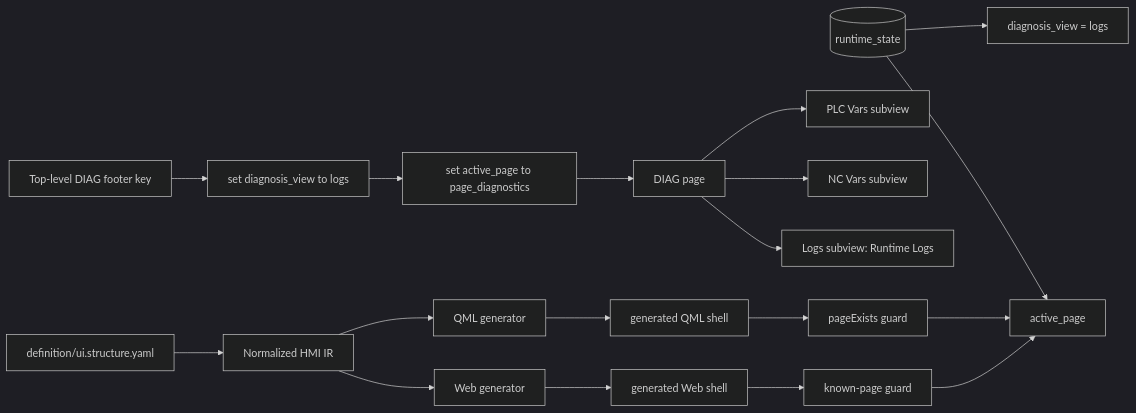
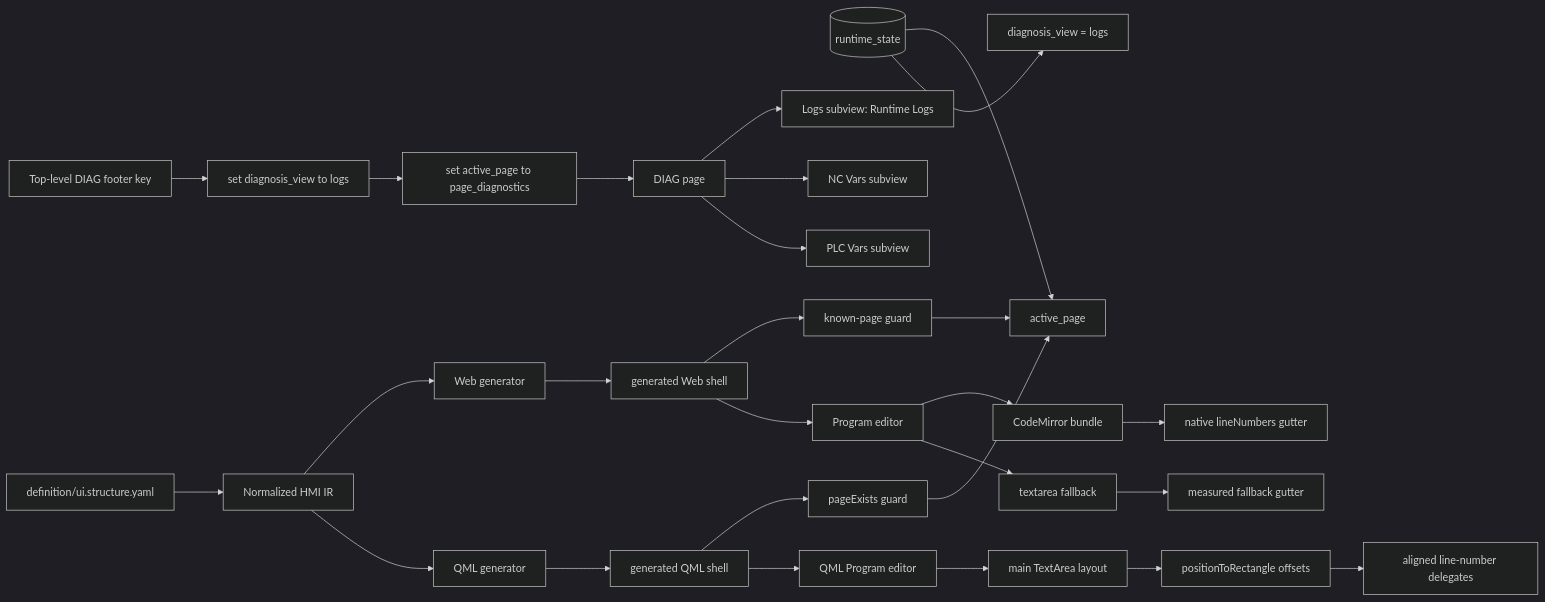
The diagram in 2026-05-02-codex-session/architecture-diagram.md (luppiterw/metanc_hmi_dsl_reports), drawn with Mermaid (dark theme) before and after one commit. The commit also changed 16 other files, not shown here.

Commit message:
reports: update 2026-05-02 editor line numbers

````diff
--- a/2026-05-02-codex-session/architecture-diagram.md
+++ b/2026-05-02-codex-session/architecture-diagram.md
@@ -3,26 +3,37 @@
 ```mermaid
 flowchart LR
     DSL[definition/ui.structure.yaml] --> IR[Normalized HMI IR]
     IR --> WebGen[Web generator]
     IR --> QmlGen[QML generator]
 
     WebGen --> WebShell[generated Web shell]
     QmlGen --> QmlShell[generated QML shell]
 
     Runtime[(runtime_state)]
     Runtime --> ActivePage[active_page]
     Runtime --> DiagnosisView[diagnosis_view = logs]
 
     DiagEntry[Top-level DIAG footer key] --> ActionA[set diagnosis_view to logs]
     ActionA --> ActionB[set active_page to page_diagnostics]
     ActionB --> DiagPage[DIAG page]
 
     DiagPage --> Logs[Logs subview: Runtime Logs]
     DiagPage --> NCVars[NC Vars subview]
     DiagPage --> PLCVars[PLC Vars subview]
 
     WebShell --> PageGuardWeb[known-page guard]
     QmlShell --> PageGuardQml[pageExists guard]
     PageGuardWeb --> ActivePage
     PageGuardQml --> ActivePage
+
+    WebShell --> WebEditor[Program editor]
+    WebEditor --> CodeMirror[CodeMirror bundle]
+    CodeMirror --> NativeGutter[native lineNumbers gutter]
+    WebEditor --> TextareaFallback[textarea fallback]
+    TextareaFallback --> MeasuredGutter[measured fallback gutter]
+
+    QmlShell --> QmlEditor[QML Program editor]
+    QmlEditor --> MainTextArea[main TextArea layout]
+    MainTextArea --> PositionRect[positionToRectangle offsets]
+    PositionRect --> QmlLineNumbers[aligned line-number delegates]
 ```
````
